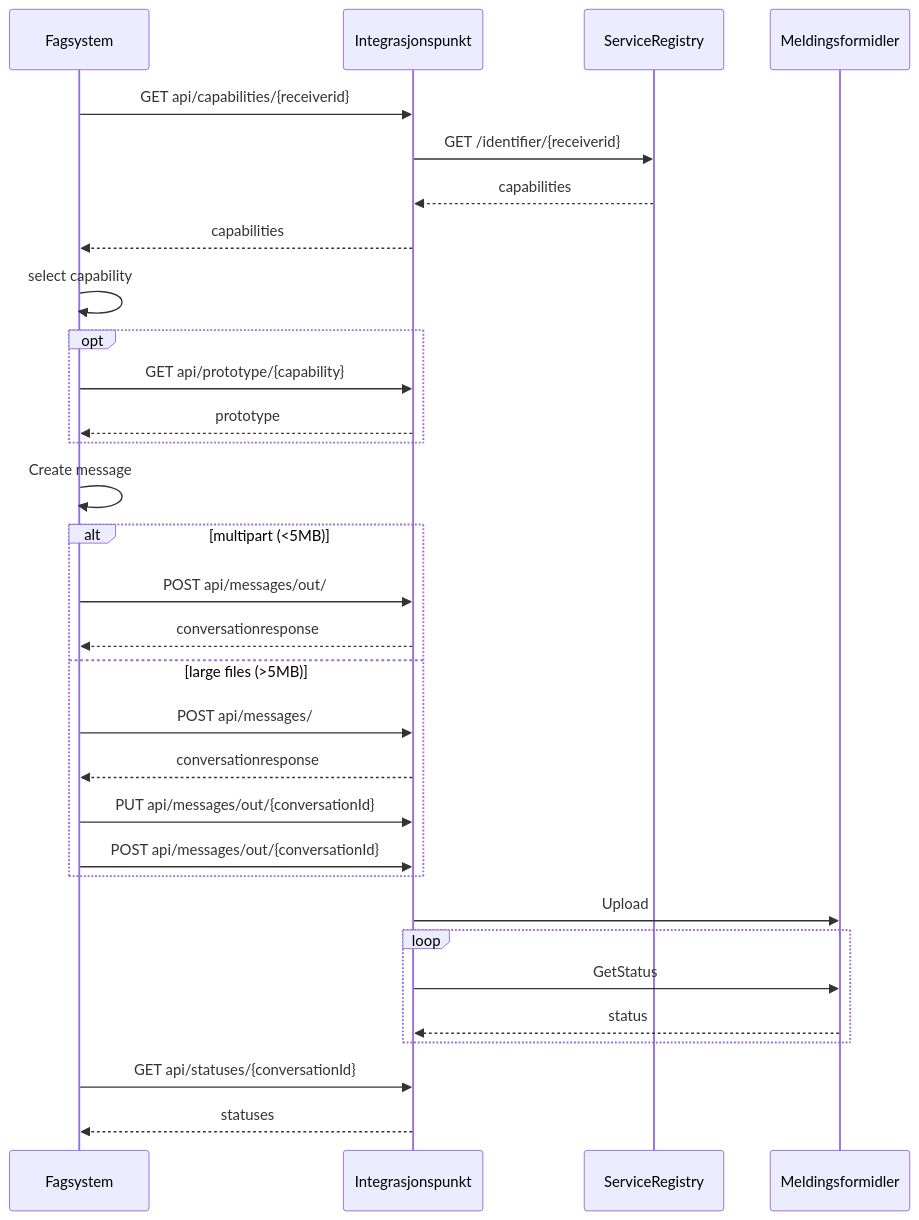
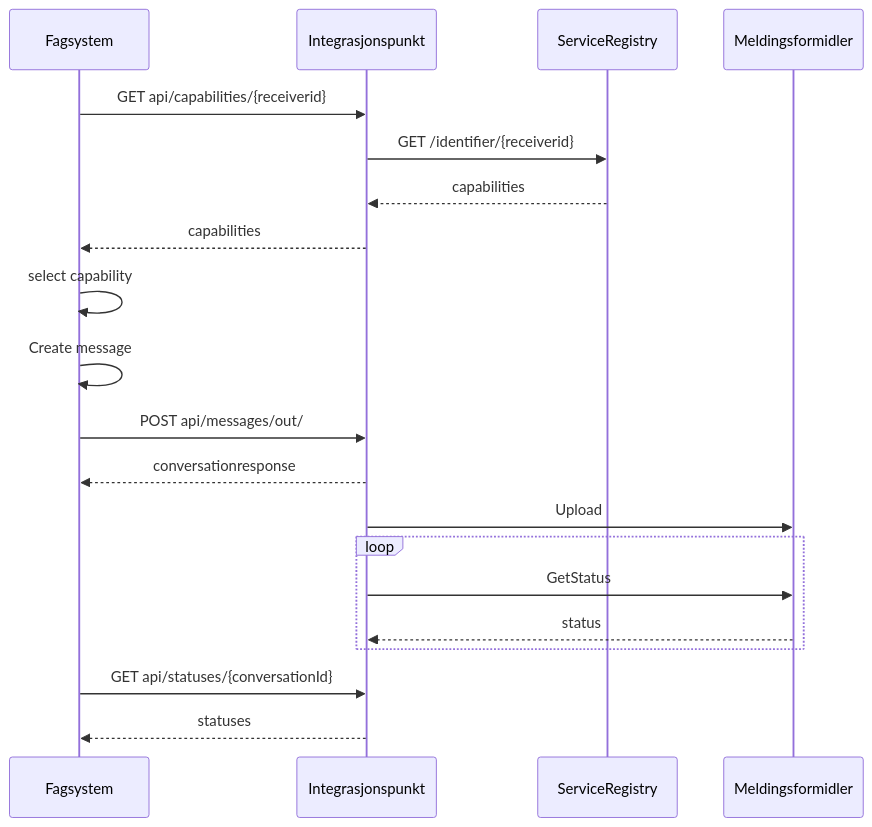
Before and after one commit to difi/eformidling: the first of 3 diagrams in pages/NextMove/meldingsflyt.md, drawn with Mermaid. The commit also changed other lines of this file and 8 other files, not shown here.

```diff
--- a/pages/NextMove/meldingsflyt.md
+++ b/pages/NextMove/meldingsflyt.md
@@ -21,39 +21,28 @@
 <div class="mermaid">
 
 sequenceDiagram
     participant fs as Fagsystem
     participant ip as Integrasjonspunkt
     participant sr as ServiceRegistry
     participant mf  as Meldingsformidler
 
     
     fs->>ip: GET api/capabilities/{receiverid}
     ip->>sr: GET /identifier/{receiverid}
     sr-->>ip: capabilities
     ip-->>fs: capabilities
-    fs->>fs: select capability
-    opt
-        fs->>ip: GET api/prototype/{capability}
-        ip-->>fs: prototype
-    end
-    fs->>fs: Create message
-     
-    alt multipart (<5MB)
-        fs->>ip: POST api/messages/out/
-        ip-->>fs: conversationresponse
-    else large files (>5MB)
-        fs->>ip: POST api/messages/
-        ip-->>fs: conversationresponse
-        fs->>ip: PUT api/messages/out/{conversationId}
-        fs->>ip: POST api/messages/out/{conversationId}
-    end     
+    fs->>fs: select capability  
+
+    fs->>fs: Create message   
+    fs->>ip: POST api/messages/out/
+    ip-->>fs: conversationresponse
     
     ip->>mf: Upload
     loop 
         ip->>mf: GetStatus
         mf-->>ip: status
     end
     fs->>ip: GET api/statuses/{conversationId}
     ip-->>fs: statuses
 
 </div>
```
